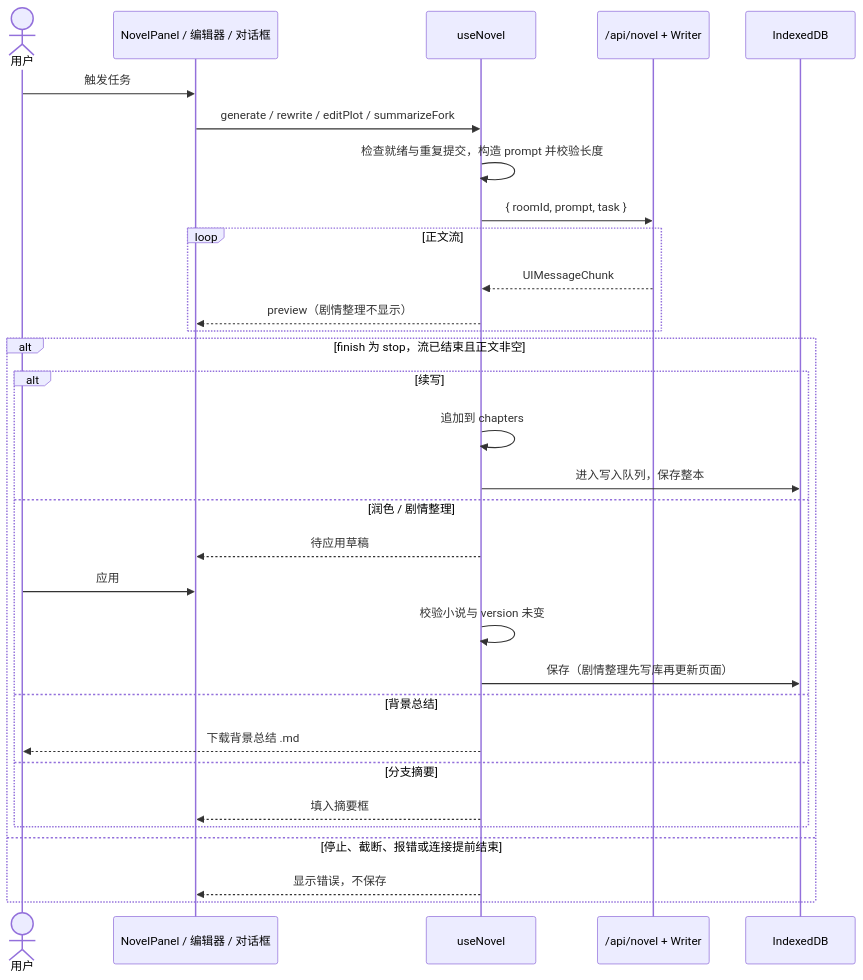
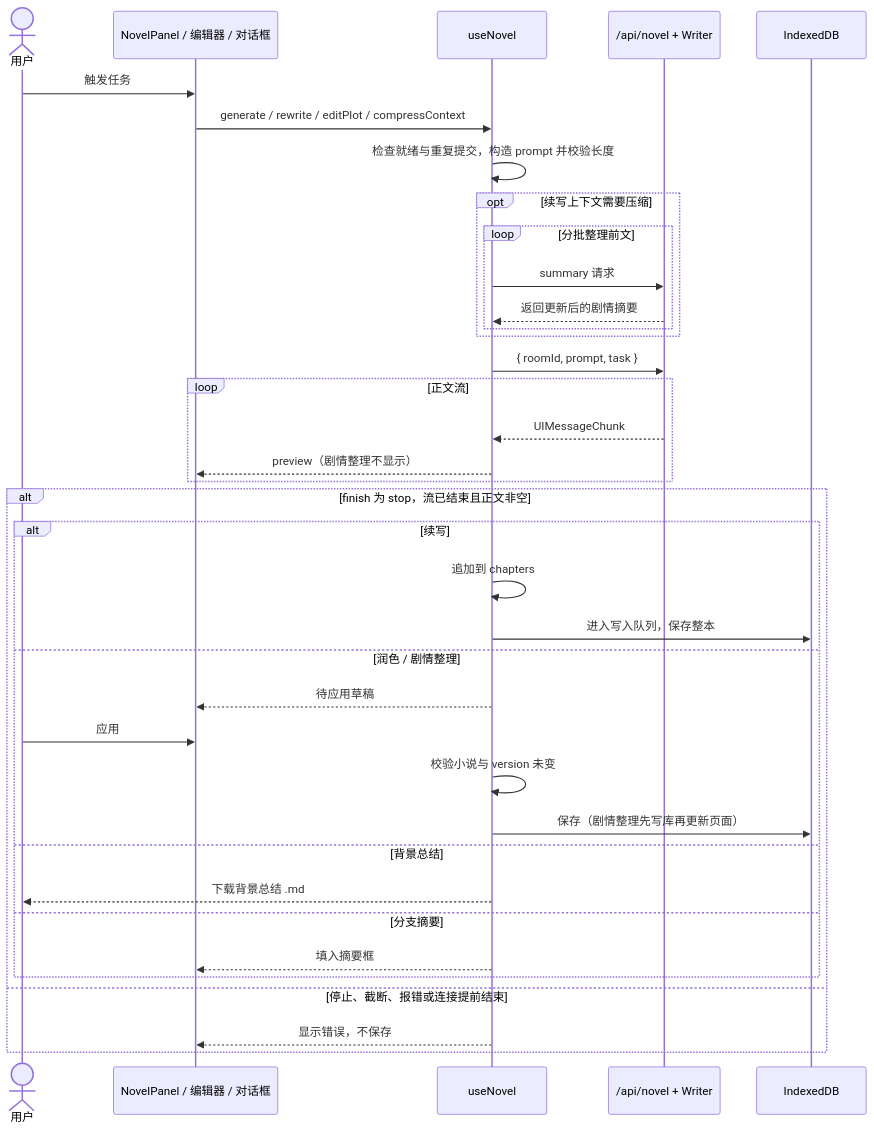
One commit to marvin-season/landing-page changed the fifth of 5 diagrams in docs/open-world/flowcharts.md. Above: the diagram before and after it, drawn with Mermaid. The commit also changed other lines of this file and 21 other files, not shown here.

````diff
--- a/docs/open-world/flowcharts.md
+++ b/docs/open-world/flowcharts.md
@@ -140,33 +140,39 @@
 ```mermaid
 sequenceDiagram
   actor User as 用户
   participant UI as NovelPanel / 编辑器 / 对话框
   participant Hook as useNovel
   participant API as /api/novel + Writer
   participant DB as IndexedDB
   User->>UI: 触发任务
-  UI->>Hook: generate / rewrite / editPlot / summarizeFork
+  UI->>Hook: generate / rewrite / editPlot / compressContext
   Hook->>Hook: 检查就绪与重复提交，构造 prompt 并校验长度
+  opt 续写上下文需要压缩
+    loop 分批整理前文
+      Hook->>API: summary 请求
+      API-->>Hook: 返回更新后的剧情摘要
+    end
+  end
   Hook->>API: { roomId, prompt, task }
   loop 正文流
     API-->>Hook: UIMessageChunk
     Hook-->>UI: preview（剧情整理不显示）
   end
   alt finish 为 stop，流已结束且正文非空
     alt 续写
       Hook->>Hook: 追加到 chapters
       Hook->>DB: 进入写入队列，保存整本
     else 润色 / 剧情整理
       Hook-->>UI: 待应用草稿
       User->>UI: 应用
       Hook->>Hook: 校验小说与 version 未变
       Hook->>DB: 保存（剧情整理先写库再更新页面）
     else 背景总结
       Hook-->>User: 下载背景总结 .md
     else 分支摘要
       Hook-->>UI: 填入摘要框
     end
   else 停止、截断、报错或连接提前结束
     Hook-->>UI: 显示错误，不保存
   end
 ```
````
